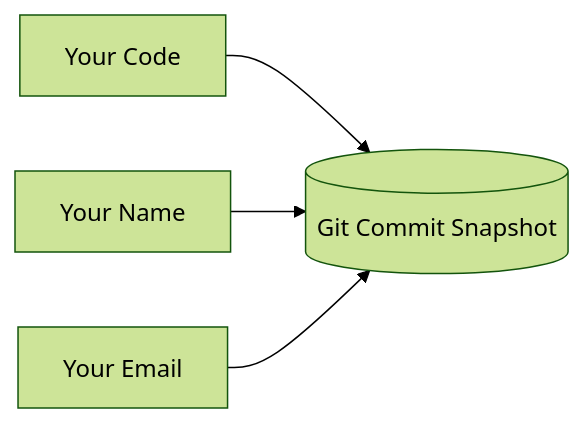
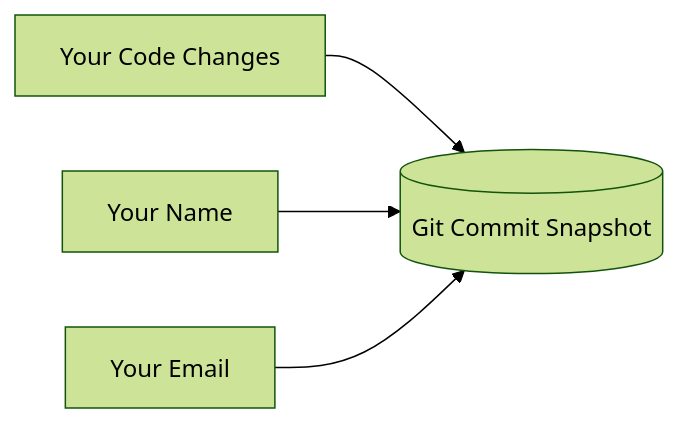
The diagram in docs/03-configure-identity.md (orgbitbybitdevs/github-starter), drawn with Mermaid (forest theme) before and after one commit. The commit also changed other lines of this file and 14 other files, not shown here.

````diff
--- a/docs/03-configure-identity.md
+++ b/docs/03-configure-identity.md
@@ -11,6 +13,6 @@
 ```mermaid
 graph LR
-    A[Your Code] --> D[(Git Commit Snapshot)]
+    A[Your Code Changes] --> D[(Git Commit Snapshot)]
     B[Your Name] --> D
     C[Your Email] --> D
 ```
````
